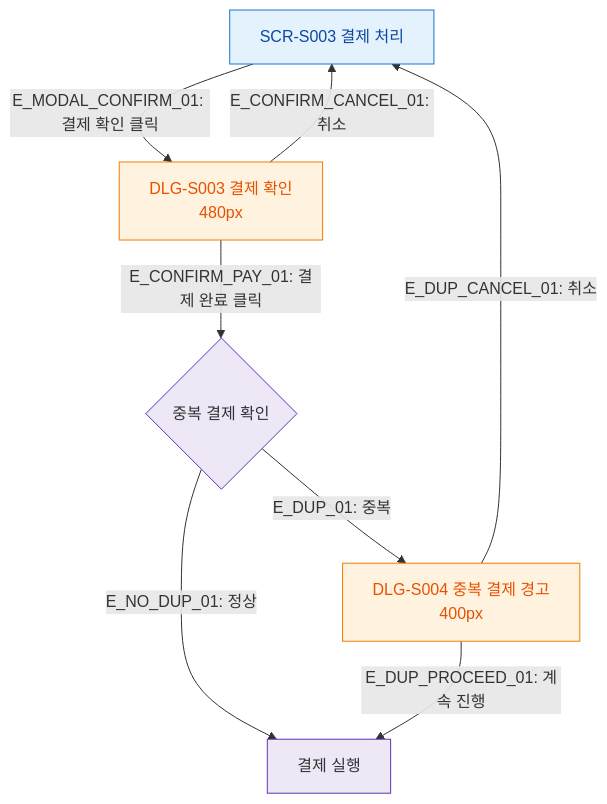
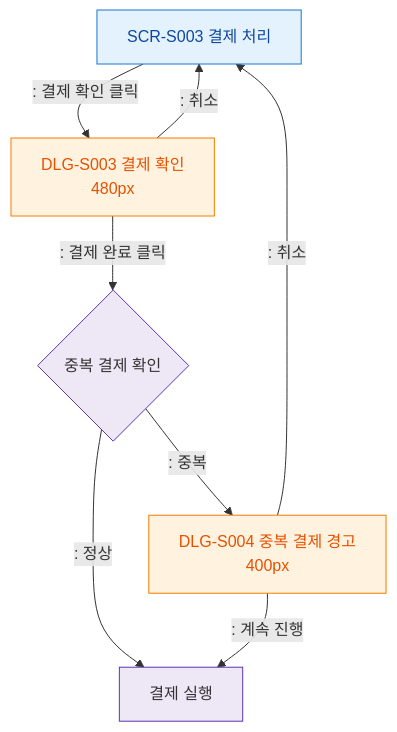
Before and after one commit to dev-spogym/admin-pando: the diagram in docs/다이어그램/D03_매출관리/SCR-S003_결제처리/F5_모달트리거.md, drawn with Mermaid. The commit also changed other lines of this file and 1660 other files, not shown here.

First line of the commit message:
다이어그램: 기획자/클라이언트 납품본으로 정리

````diff
--- a/docs/다이어그램/D03_매출관리/SCR-S003_결제처리/F5_모달트리거.md
+++ b/docs/다이어그램/D03_매출관리/SCR-S003_결제처리/F5_모달트리거.md
@@ -20,23 +18,23 @@
 ```mermaid
 flowchart TD
     S003[SCR-S003 결제 처리]
 
-    S003 -->|"E_MODAL_CONFIRM_01: 결제 확인 클릭"| DLG_S003[DLG-S003 결제 확인\n480px]
+    S003 -->|": 결제 확인 클릭"|DLG_S003[DLG-S003 결제 확인\n480px]
 
-    DLG_S003 -->|"E_CONFIRM_PAY_01: 결제 완료 클릭"| DUP_CHECK{중복 결제 확인}
-    DUP_CHECK -->|"E_DUP_01: 중복"| DLG_S004[DLG-S004 중복 결제 경고\n400px]
-    DUP_CHECK -->|"E_NO_DUP_01: 정상"| EXEC[결제 실행]
+    DLG_S003 -->|": 결제 완료 클릭"|DUP_CHECK{중복 결제 확인}
+    DUP_CHECK -->|": 중복"|DLG_S004[DLG-S004 중복 결제 경고\n400px]
+    DUP_CHECK -->|": 정상"|EXEC[결제 실행]
 
-    DLG_S004 -->|"E_DUP_PROCEED_01: 계속 진행"| EXEC
-    DLG_S004 -->|"E_DUP_CANCEL_01: 취소"| S003
+    DLG_S004 -->|": 계속 진행"|EXEC
+    DLG_S004 -->|": 취소"|S003
 
-    DLG_S003 -->|"E_CONFIRM_CANCEL_01: 취소"| S003
+    DLG_S003 -->|": 취소"|S003
 
     classDef screen fill:#E3F2FD,stroke:#1976D2,color:#0D47A1
     classDef modal fill:#FFF3E0,stroke:#F57C00,color:#E65100
     classDef system fill:#EDE7F6,stroke:#5E35B2
 
     class S003 screen
     class DLG_S003,DLG_S004 modal
     class DUP_CHECK,EXEC system
 ```
````
